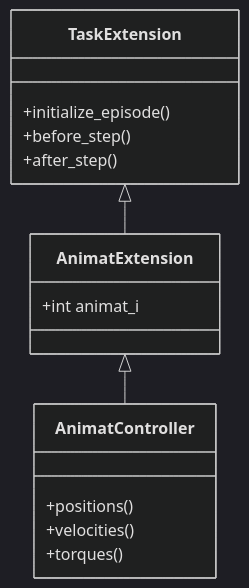
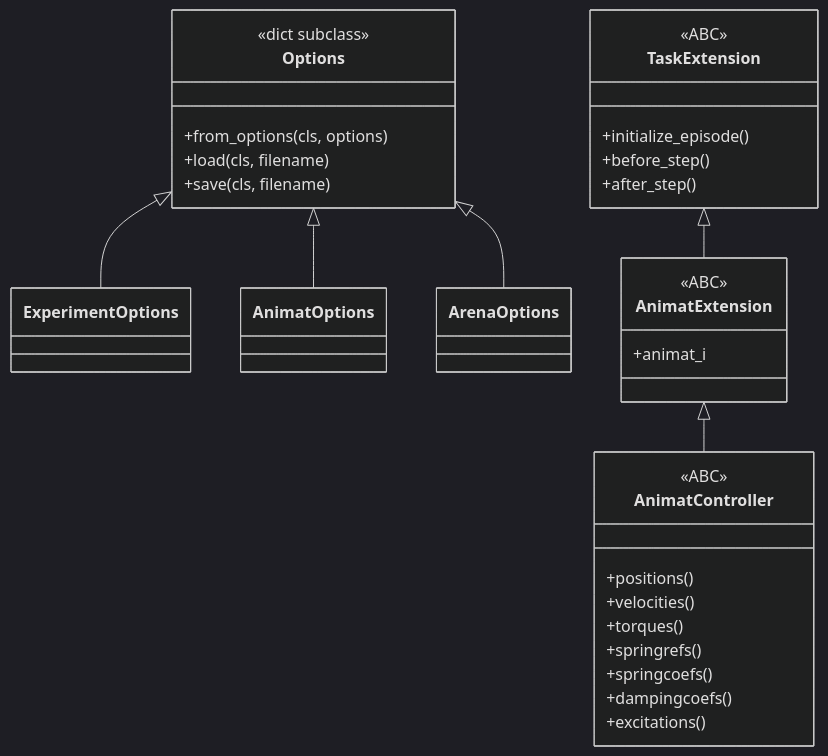
The second of 6 diagrams in reference/docs/architecture.md (podalanga/farmsim_docs), drawn with Mermaid (dark theme) before and after one commit. The commit also changed other lines of this file and 21 other files, not shown here.

````diff
--- a/reference/docs/architecture.md
+++ b/reference/docs/architecture.md
@@ -108,19 +58,38 @@
 ```mermaid
 classDiagram
+    class Options {
+        <<dict subclass>>
+        +from_options(cls, options)
+        +load(cls, filename)
+        +save(cls, filename)
+    }
+    class ExperimentOptions
+    class AnimatOptions
+    class ArenaOptions
+    Options <|-- ExperimentOptions
+    Options <|-- AnimatOptions
+    Options <|-- ArenaOptions
+
     class TaskExtension {
+        <<ABC>>
         +initialize_episode()
         +before_step()
         +after_step()
     }
     class AnimatExtension {
-        +int animat_i
+        <<ABC>>
+        +animat_i
     }
     TaskExtension <|-- AnimatExtension
-    
     class AnimatController {
+        <<ABC>>
         +positions()
         +velocities()
         +torques()
+        +springrefs()
+        +springcoefs()
+        +dampingcoefs()
+        +excitations()
     }
     AnimatExtension <|-- AnimatController
 ```
````
